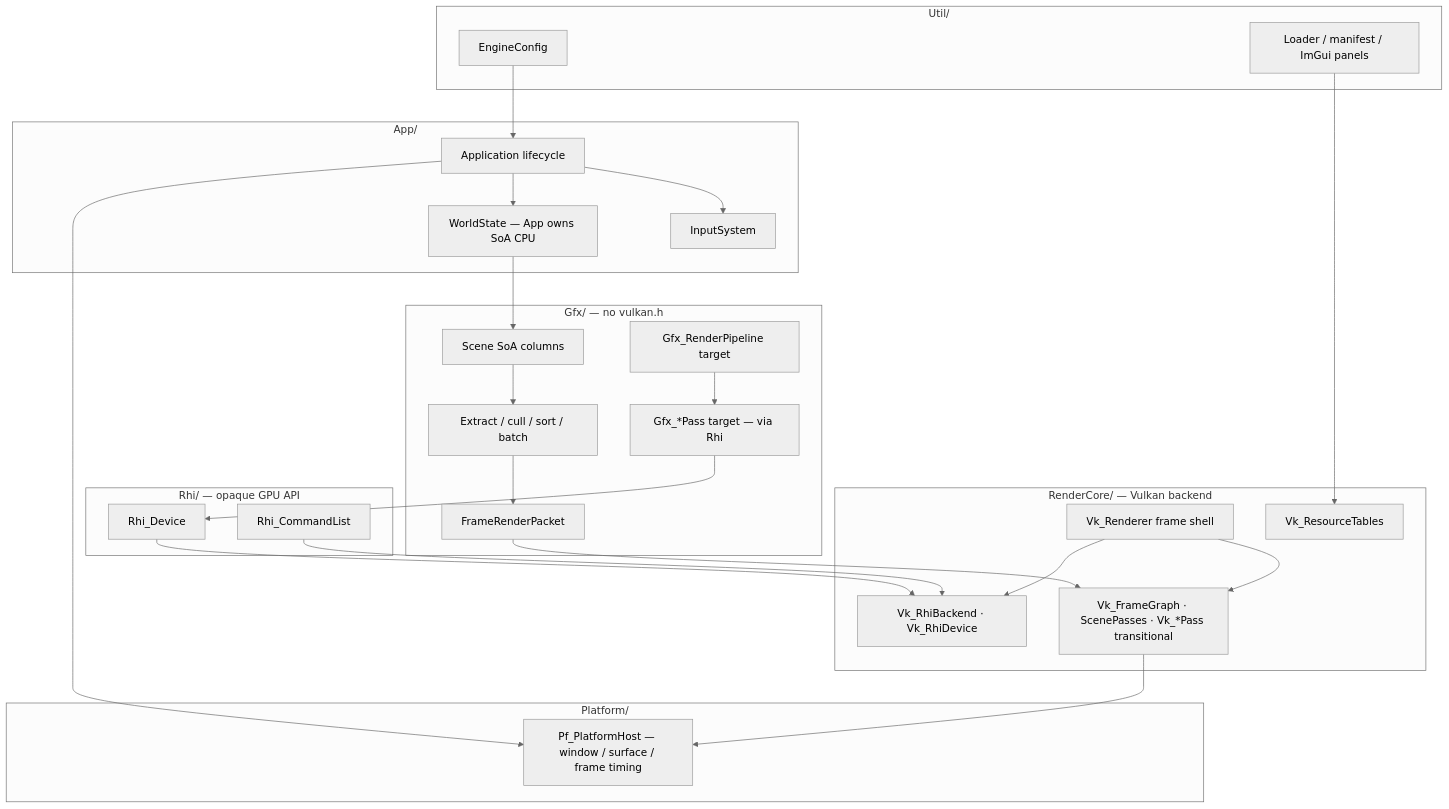
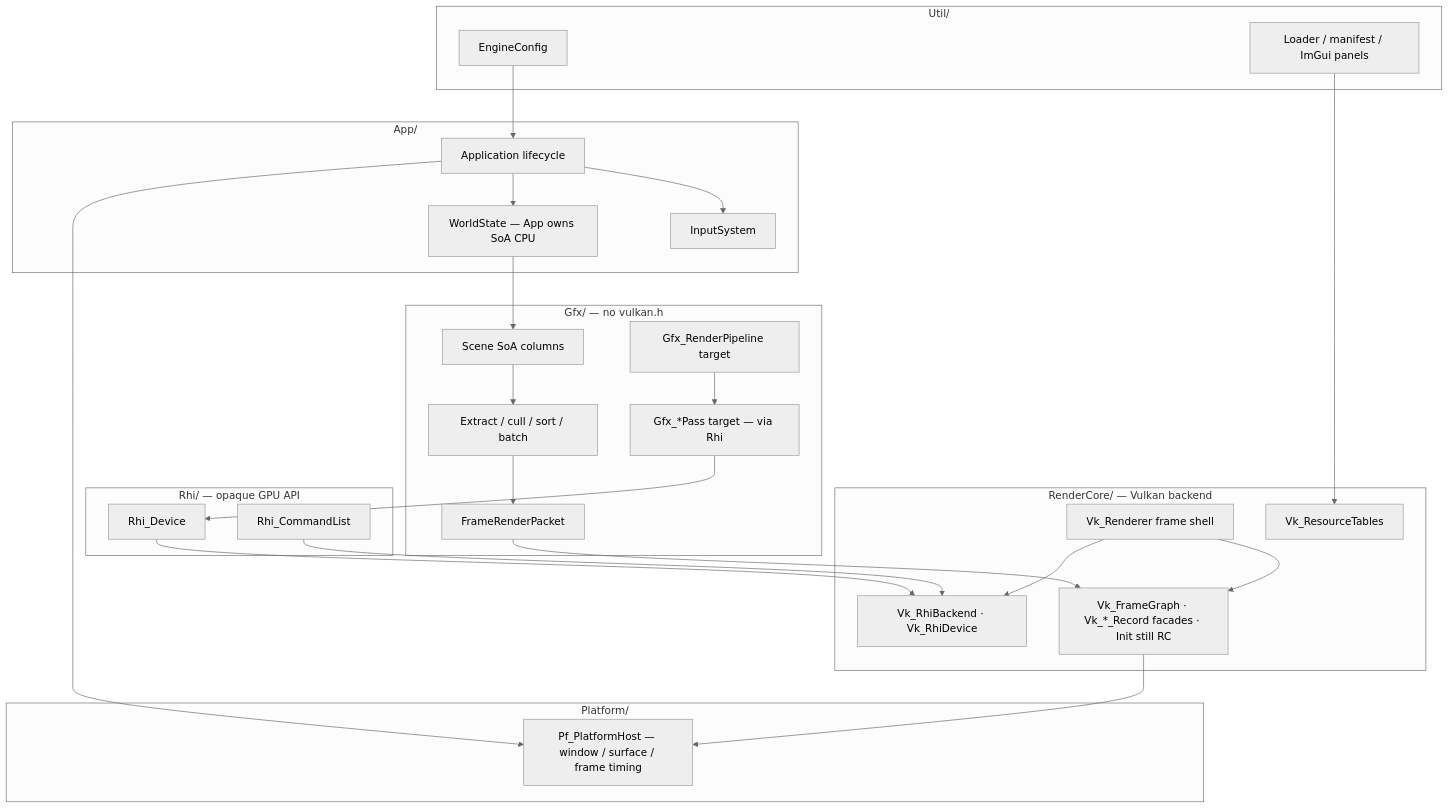
Before and after one commit to PluseggWill/SiriusEngine_VulkanReboot: the first of 13 diagrams in Docs/EngineArchitecture.md, drawn with Mermaid (neutral theme). The commit also changed other lines of this file and 6 other files, not shown here.

````diff
--- a/Docs/EngineArchitecture.md
+++ b/Docs/EngineArchitecture.md
@@ -21,54 +21,54 @@
 ```mermaid
 flowchart TB
   subgraph APP [App/]
     APPLICATION[Application lifecycle]
     INPUT[InputSystem]
     WORLD[WorldState — App owns SoA CPU]
   end
 
   subgraph GFX [Gfx/ — no vulkan.h]
     SOA[Scene SoA columns]
     EXTRACT[Extract / cull / sort / batch]
     PACKETS[FrameRenderPacket]
     PASSES[Gfx_*Pass target — via Rhi]
     PIPE[Gfx_RenderPipeline target]
   end
 
   subgraph RHI [Rhi/ — opaque GPU API]
     RDEV[Rhi_Device]
     RCMD[Rhi_CommandList]
   end
 
   subgraph UTIL [Util/]
     CONFIG[EngineConfig]
     LOAD[Loader / manifest / ImGui panels]
   end
 
   subgraph PLATFORM [Platform/]
     PHOST[Pf_PlatformHost — window / surface / frame timing]
   end
 
   subgraph RC [RenderCore/ — Vulkan backend]
     CORE[Vk_Renderer frame shell]
     BACKEND[Vk_RhiBackend · Vk_RhiDevice]
-    PEEL[Vk_FrameGraph · ScenePasses · Vk_*Pass transitional]
+  PEEL[Vk_FrameGraph · Vk_*_Record facades · Init still RC]
     TABLES[Vk_ResourceTables]
   end
 
   APPLICATION --> INPUT
   APPLICATION --> WORLD
   WORLD --> SOA
   SOA --> EXTRACT
   EXTRACT --> PACKETS
   PACKETS --> PEEL
   PASSES --> RDEV
   PIPE --> PASSES
   RDEV --> BACKEND
   RCMD --> BACKEND
   CONFIG --> APPLICATION
   LOAD --> TABLES
   APPLICATION --> PHOST
   PEEL --> PHOST
   CORE --> PEEL
   CORE --> BACKEND
 ```
````
